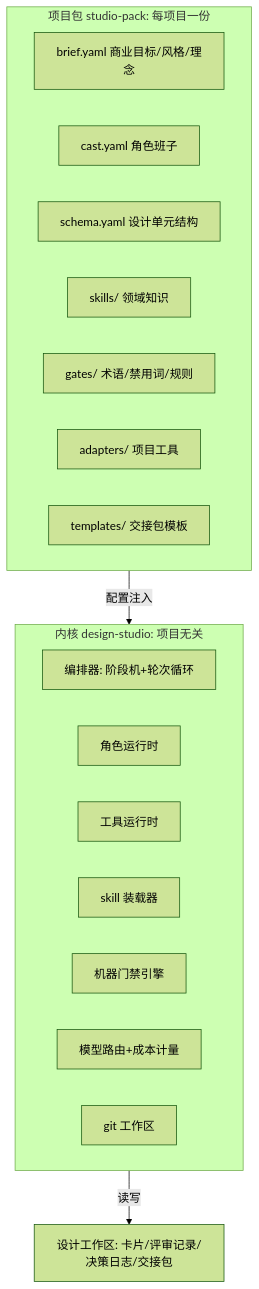
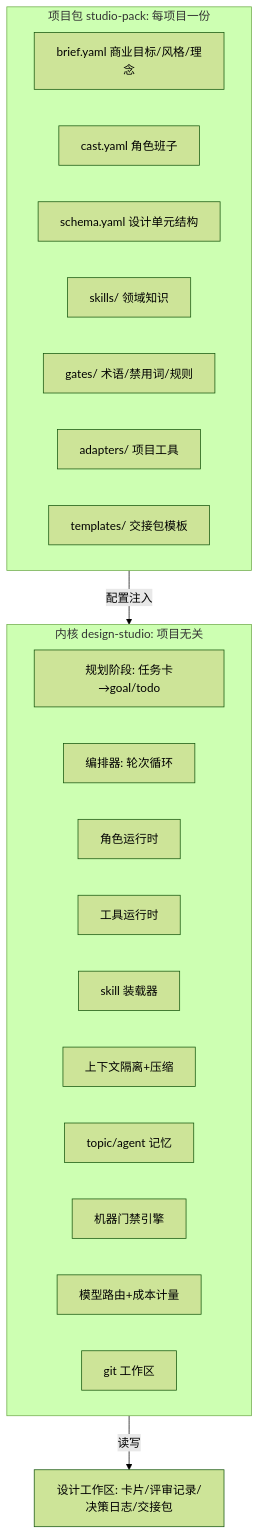
The diagram in docs/framework/01-architecture.md (lmlala/game-studio), drawn with Mermaid (forest theme) before and after one commit. The commit also changed other lines of this file and 9 other files, not shown here.

````diff
--- a/docs/framework/01-architecture.md
+++ b/docs/framework/01-architecture.md
@@ -13,23 +13,26 @@
 ```mermaid
 flowchart TD
     subgraph kernel [内核 design-studio: 项目无关]
-        Orch[编排器: 阶段机+轮次循环]
+        Plan[规划阶段: 任务卡→goal/todo]
+        Orch[编排器: 轮次循环]
         RoleRT[角色运行时]
         ToolRT[工具运行时]
         SkillLd[skill 装载器]
+        Ctx[上下文隔离+压缩]
+        Mem[topic/agent 记忆]
         Gates[机器门禁引擎]
         Router[模型路由+成本计量]
         WS[git 工作区]
     end
     subgraph pack [项目包 studio-pack: 每项目一份]
         Brief[brief.yaml 商业目标/风格/理念]
         Cast[cast.yaml 角色班子]
         Schema[schema.yaml 设计单元结构]
         Skills[skills/ 领域知识]
         PGates[gates/ 术语/禁用词/规则]
         Adapters[adapters/ 项目工具]
         Tmpl[templates/ 交接包模板]
     end
     pack -->|配置注入| kernel
     kernel -->|读写| Artifacts[设计工作区: 卡片/评审记录/决策日志/交接包]
 ```
````
